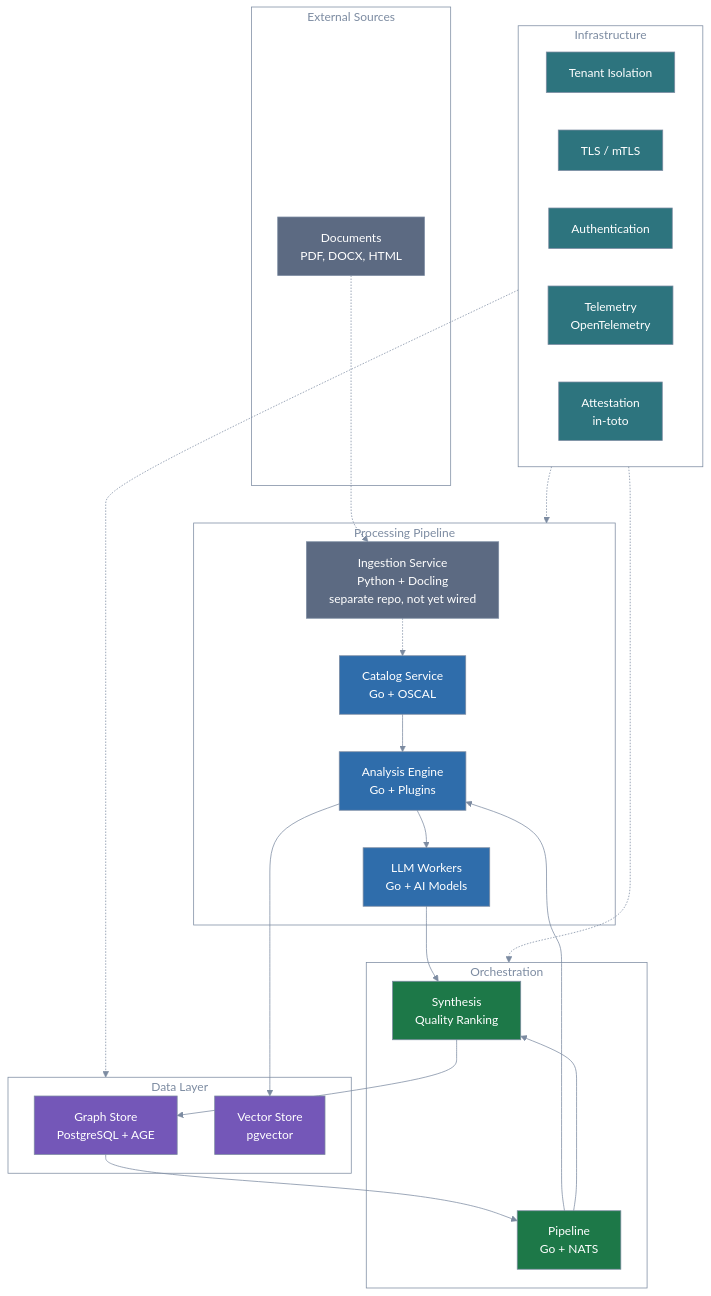
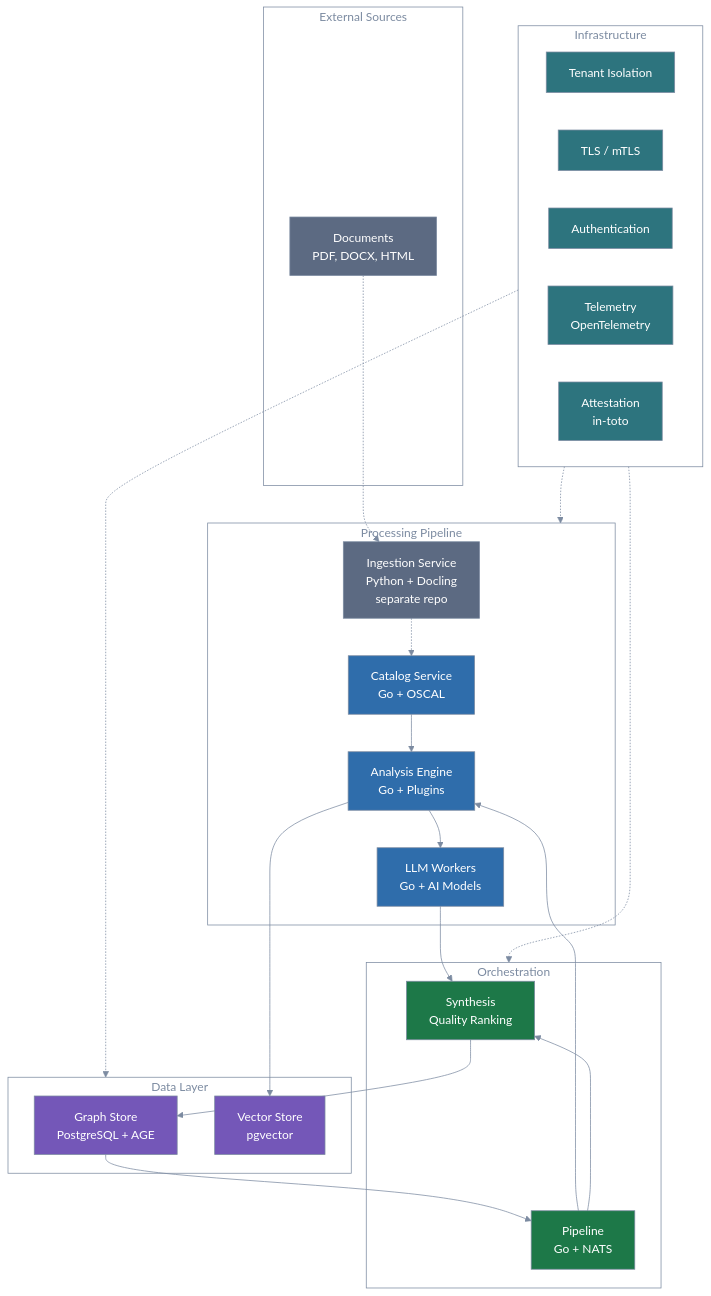
One commit to complytime-labs/crosscodex changed the diagram in README.md. Above: the diagram before and after it, drawn with Mermaid. The commit also changed other lines of this file and 1 other file, not shown here.

First line of the commit message:
docs: document ingestion wiring

````diff
--- a/README.md
+++ b/README.md
@@ -558,64 +577,64 @@
 ```mermaid
 %%{init: {'theme': 'base', 'themeVariables': {
   'primaryColor': '#2f6dab',
   'primaryTextColor': '#1e1e1e',
   'primaryBorderColor': '#7c8ba1',
   'lineColor': '#7c8ba1',
   'edgeLabelBackground': '#eef2f8',
   'tertiaryColor': 'transparent',
   'tertiaryTextColor': '#7c8ba1',
   'tertiaryBorderColor': '#7c8ba1',
   'clusterBkg': 'transparent',
   'clusterBorder': '#7c8ba1',
   'titleColor': '#7c8ba1',
   'noteBkgColor': '#eef2f8',
   'noteTextColor': '#1e1e1e',
   'fontFamily': 'system-ui, sans-serif'
 }, 'themeCSS': '.node .nodeLabel{color:#ffffff!important;fill:#ffffff!important;}'}}%%
 flowchart TD
     subgraph external ["External Sources"]
         docs["Documents<br/>PDF, DOCX, HTML"]
     end
     subgraph processing ["Processing Pipeline"]
-        ingestion["Ingestion Service<br/>Python + Docling<br/>separate repo, not yet wired"]
+        ingestion["Ingestion Service<br/>Python + Docling<br/>separate repo"]
         catalog["Catalog Service<br/>Go + OSCAL"]
         analysis["Analysis Engine<br/>Go + Plugins"]
         llm["LLM Workers<br/>Go + AI Models"]
     end
     subgraph orchestration ["Orchestration"]
         synthesis["Synthesis<br/>Quality Ranking"]
         pipeline["Pipeline<br/>Go + NATS"]
     end
     subgraph datalayer ["Data Layer"]
         graphdb["Graph Store<br/>PostgreSQL + AGE"]
         vectordb["Vector Store<br/>pgvector"]
     end
     subgraph infra ["Infrastructure"]
         tenant["Tenant Isolation"]
         tls["TLS / mTLS"]
         authn["Authentication"]
         telemetry["Telemetry<br/>OpenTelemetry"]
         attestation["Attestation<br/>in-toto"]
     end
     docs -.-> ingestion -.-> catalog
     catalog --> analysis --> llm
     llm --> synthesis --> graphdb
     pipeline --> analysis
     pipeline --> synthesis
     graphdb --> pipeline
     analysis --> vectordb
     infra -.-> processing
     infra -.-> orchestration
     infra -.-> datalayer
 
     classDef sysA fill:#2f6dab,color:#ffffff,stroke:#7c8ba1
     classDef sysB fill:#1d7848,color:#ffffff,stroke:#7c8ba1
     classDef sysC fill:#7457b8,color:#ffffff,stroke:#7c8ba1
     classDef sysD fill:#2d747e,color:#ffffff,stroke:#7c8ba1
     classDef sysF fill:#5c6a82,color:#ffffff,stroke:#7c8ba1
     class catalog,analysis,llm sysA
     class synthesis,pipeline sysB
     class graphdb,vectordb sysC
     class tenant,tls,authn,telemetry,attestation sysD
     class docs,ingestion sysF
 ```
````
